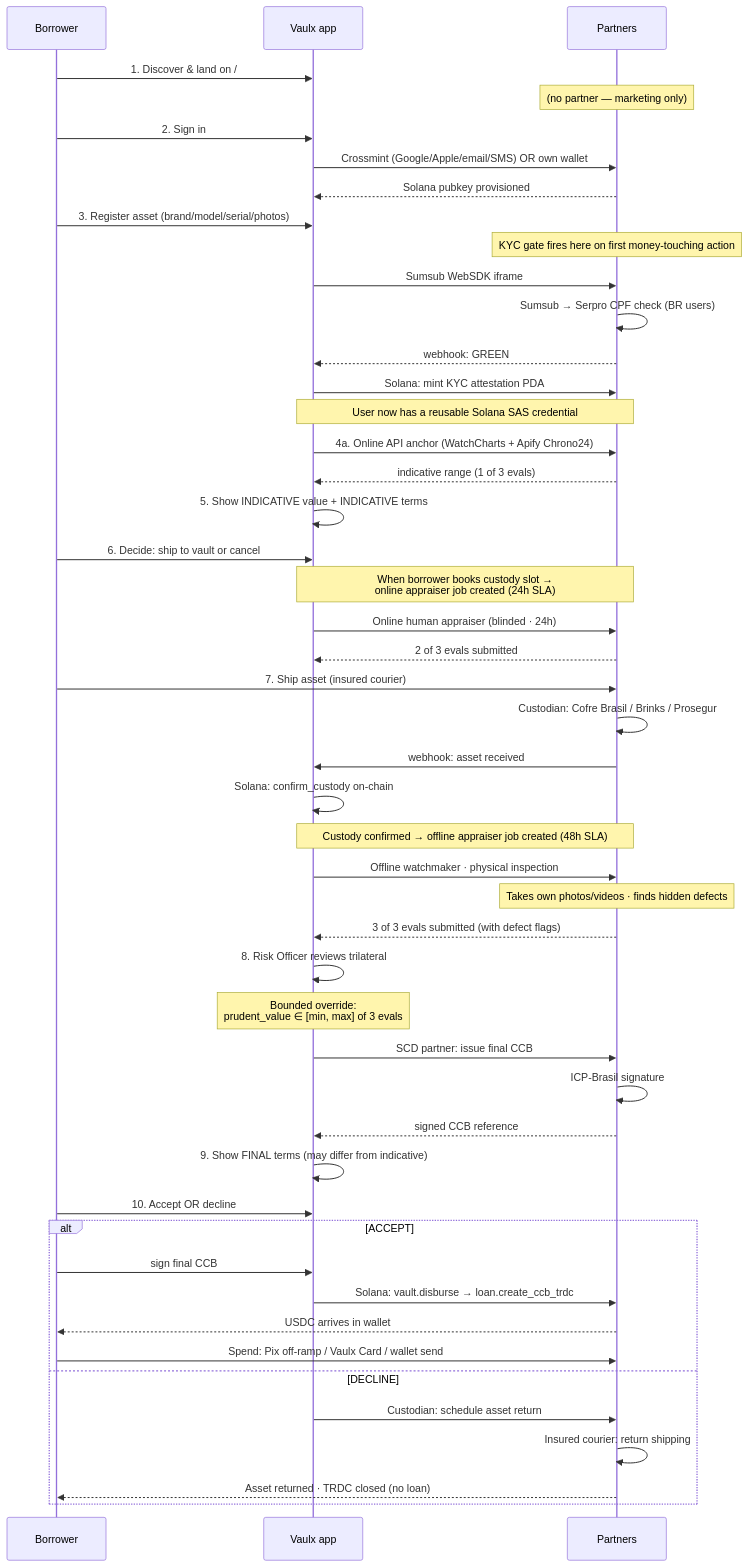
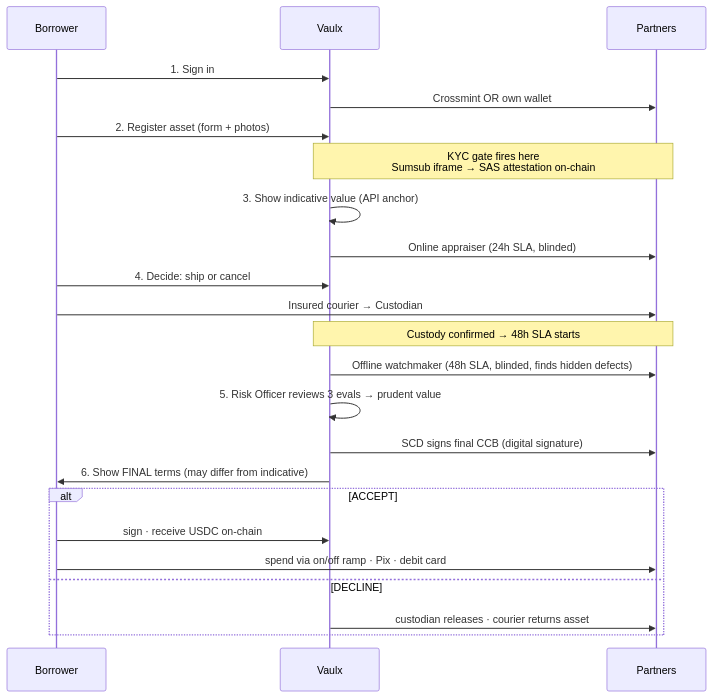
The second of 4 diagrams in docs/architecture/2026-04-29-vaulx-business-flow-and-partners.md (Vaulxfi/vaulx-protocol), drawn with Mermaid before and after one commit. The commit also changed other lines of this file, not shown here.

First line of the commit message:
docs(business-flow): simplify + remove made-up partner names

````diff
--- a/docs/architecture/2026-04-29-vaulx-business-flow-and-partners.md
+++ b/docs/architecture/2026-04-29-vaulx-business-flow-and-partners.md
@@ -144,65 +134,26 @@
 ```mermaid
 sequenceDiagram
     participant B as Borrower
-    participant V as Vaulx app
+    participant V as Vaulx
     participant P as Partners
 
-    B->>V: 1. Discover & land on /
-    Note over P: (no partner — marketing only)
-
-    B->>V: 2. Sign in
-    V->>P: Crossmint (Google/Apple/email/SMS) OR own wallet
-    P-->>V: Solana pubkey provisioned
-
-    B->>V: 3. Register asset (brand/model/serial/photos)
-    Note over P: KYC gate fires here on first money-touching action
-
-    V->>P: Sumsub WebSDK iframe
-    P->>P: Sumsub → Serpro CPF check (BR users)
-    P-->>V: webhook: GREEN
-    V->>P: Solana: mint KYC attestation PDA
-    Note over V,P: User now has a reusable Solana SAS credential
-
-    V->>P: 4a. Online API anchor (WatchCharts + Apify Chrono24)
-    P-->>V: indicative range (1 of 3 evals)
-
-    V->>V: 5. Show INDICATIVE value + INDICATIVE terms
-    B->>V: 6. Decide: ship to vault or cancel
-
-    Note over V,P: When borrower books custody slot →<br/>online appraiser job created (24h SLA)
-
-    V->>P: Online human appraiser (blinded · 24h)
-    P-->>V: 2 of 3 evals submitted
-
-    B->>P: 7. Ship asset (insured courier)
-    P->>P: Custodian: Cofre Brasil / Brinks / Prosegur
-    P->>V: webhook: asset received
-    V->>V: Solana: confirm_custody on-chain
-
-    Note over V,P: Custody confirmed → offline appraiser job created (48h SLA)
-
-    V->>P: Offline watchmaker · physical inspection
-    Note over P: Takes own photos/videos · finds hidden defects
-    P-->>V: 3 of 3 evals submitted (with defect flags)
-
-    V->>V: 8. Risk Officer reviews trilateral
-    Note over V: Bounded override:<br/>prudent_value ∈ [min, max] of 3 evals
-
-    V->>P: SCD partner: issue final CCB
-    P->>P: ICP-Brasil signature
-    P-->>V: signed CCB reference
-
-    V->>V: 9. Show FINAL terms (may differ from indicative)
-    B->>V: 10. Accept OR decline
-
+    B->>V: 1. Sign in
+    V->>P: Crossmint OR own wallet
+    B->>V: 2. Register asset (form + photos)
+    Note over V,P: KYC gate fires here<br/>Sumsub iframe → SAS attestation on-chain
+    V->>V: 3. Show indicative value (API anchor)
+    V->>P: Online appraiser (24h SLA, blinded)
+    B->>V: 4. Decide: ship or cancel
+    B->>P: Insured courier → Custodian
+    Note over V,P: Custody confirmed → 48h SLA starts
+    V->>P: Offline watchmaker (48h SLA, blinded, finds hidden defects)
+    V->>V: 5. Risk Officer reviews 3 evals → prudent value
+    V->>P: SCD signs final CCB (digital signature)
+    V->>B: 6. Show FINAL terms (may differ from indicative)
     alt ACCEPT
-        B->>V: sign final CCB
-        V->>P: Solana: vault.disburse → loan.create_ccb_trdc
-        P-->>B: USDC arrives in wallet
-        B->>P: Spend: Pix off-ramp / Vaulx Card / wallet send
+        B->>V: sign · receive USDC on-chain
+        B->>P: spend via on/off ramp · Pix · debit card
     else DECLINE
-        V->>P: Custodian: schedule asset return
-        P->>P: Insured courier: return shipping
-        P-->>B: Asset returned · TRDC closed (no loan)
+        V->>P: custodian releases · courier returns asset
     end
 ```
````
